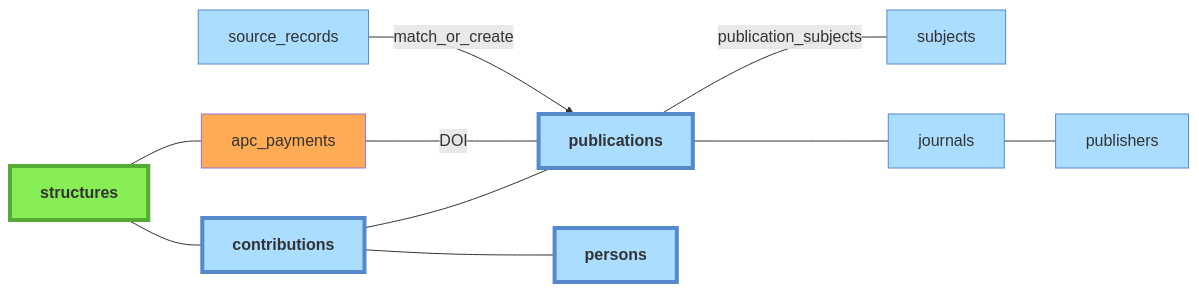
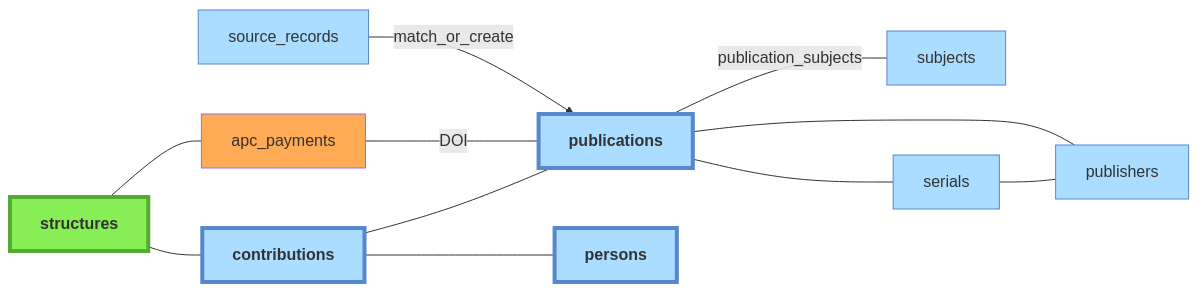
The diagram in docs/donnees/03-publications.md (Y33sha/bibliometrie-uca), drawn with Mermaid before and after one commit. The commit also changed other lines of this file and 21 other files, not shown here.

````diff
--- a/docs/donnees/03-publications.md
+++ b/docs/donnees/03-publications.md
@@ -7,22 +7,23 @@
 ```mermaid
 flowchart LR
     structures --- contributions
     contributions --- publications
     contributions --- persons
     structures --- apc_payments
     apc_payments ---|DOI| publications
     source_records-->|match_or_create|publications
     publications---|publication_subjects|subjects
-    publications---journals
-    journals---publishers
+    publications---serials
+    serials---publishers
+    publications---publishers
 
 
     classDef manuel  fill:#8e5,stroke:#5a3
     class structures manuel;
     classDef csv fill:#fa5
     class apc_payments csv
     classDef auto fill:#adf,stroke:#58c
-    class source_records,publications,journals,publishers,contributions,persons,subjects auto
+    class source_records,publications,serials,publishers,contributions,persons,subjects auto
     classDef main stroke-width:4px,font-weight:bold
     class structures,publications,persons,contributions main
 ```
````
